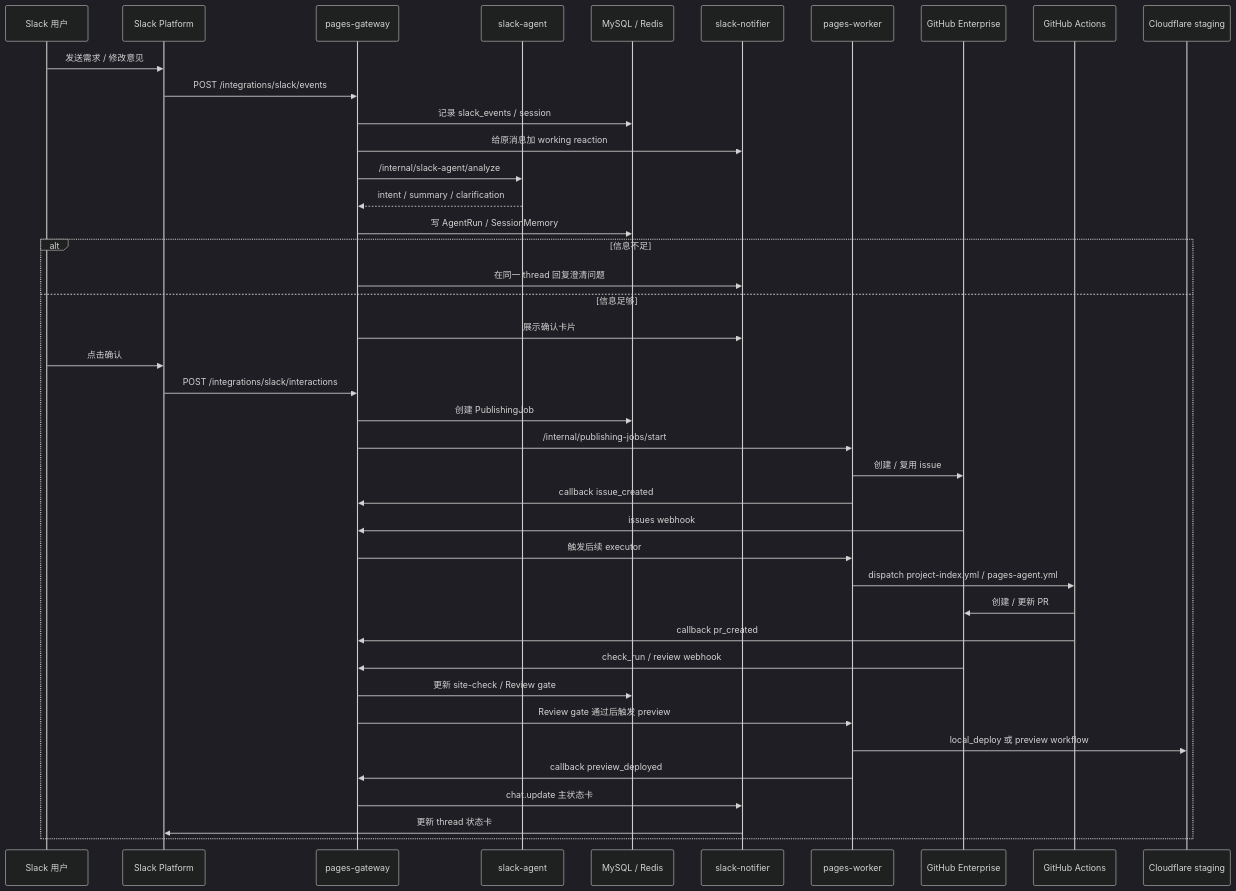
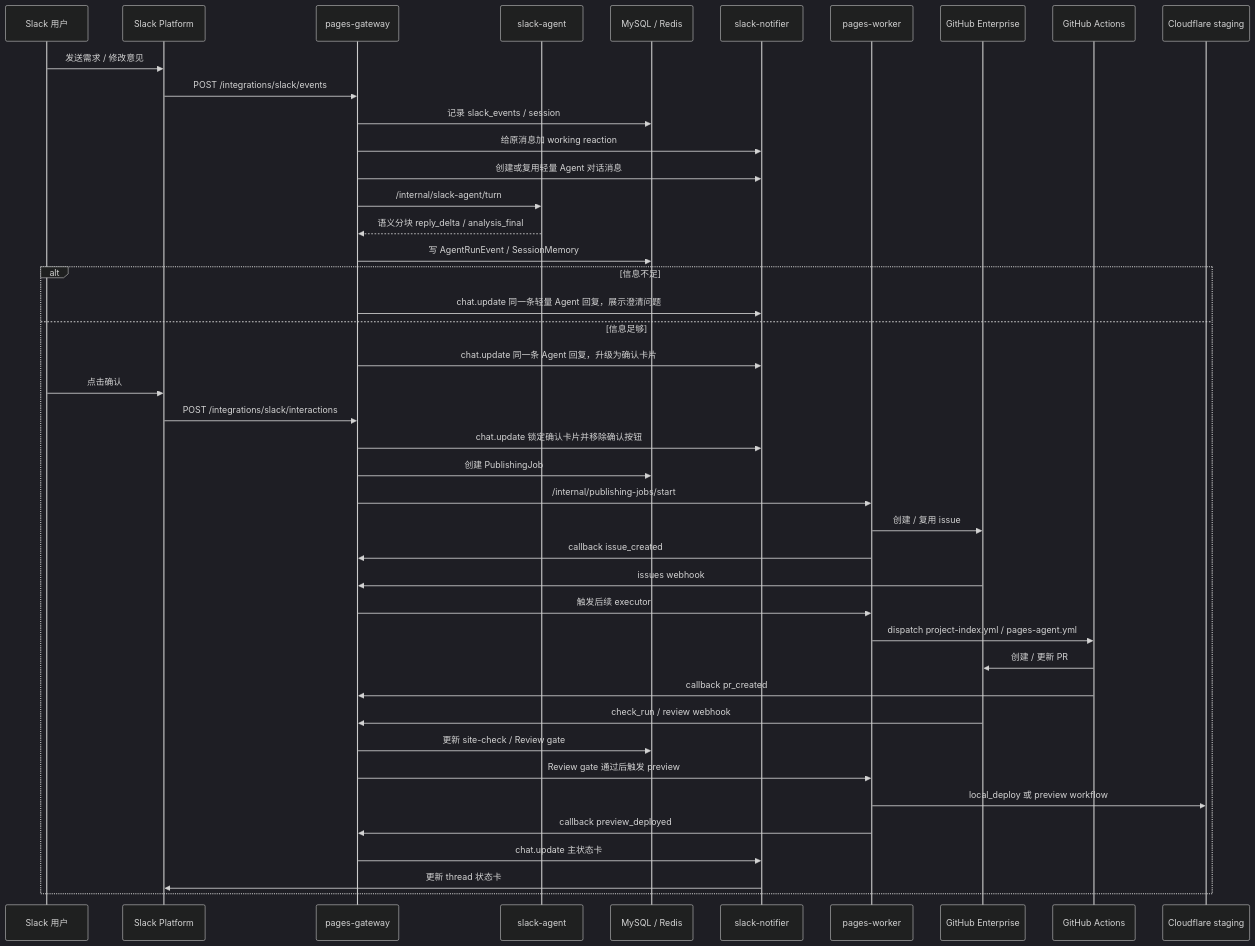
One commit to qaj701224-blip/pages-manager changed the diagram in docs/architecture/end-to-end-flow.md. Above: the diagram before and after it, drawn with Mermaid (dark theme). The commit also changed other lines of this file and 5 other files, not shown here.

````diff
--- a/docs/architecture/end-to-end-flow.md
+++ b/docs/architecture/end-to-end-flow.md
@@ -22,45 +22,47 @@
 ```mermaid
 sequenceDiagram
   participant U as Slack 用户
   participant S as Slack Platform
   participant G as pages-gateway
   participant A as slack-agent
   participant DB as MySQL / Redis
   participant N as slack-notifier
   participant W as pages-worker
   participant GH as GitHub Enterprise
   participant ACT as GitHub Actions
   participant CF as Cloudflare staging
 
   U->>S: 发送需求 / 修改意见
   S->>G: POST /integrations/slack/events
   G->>DB: 记录 slack_events / session
   G->>N: 给原消息加 working reaction
-  G->>A: /internal/slack-agent/analyze
-  A-->>G: intent / summary / clarification
-  G->>DB: 写 AgentRun / SessionMemory
+  G->>N: 创建或复用轻量 Agent 对话消息
+  G->>A: /internal/slack-agent/turn
+  A-->>G: 语义分块 reply_delta / analysis_final
+  G->>DB: 写 AgentRunEvent / SessionMemory
 
   alt 信息不足
-    G->>N: 在同一 thread 回复澄清问题
+    G->>N: chat.update 同一条轻量 Agent 回复，展示澄清问题
   else 信息足够
-    G->>N: 展示确认卡片
+    G->>N: chat.update 同一条 Agent 回复，升级为确认卡片
     U->>S: 点击确认
     S->>G: POST /integrations/slack/interactions
+    G->>N: chat.update 锁定确认卡片并移除确认按钮
     G->>DB: 创建 PublishingJob
     G->>W: /internal/publishing-jobs/start
     W->>GH: 创建 / 复用 issue
     W->>G: callback issue_created
     GH->>G: issues webhook
     G->>W: 触发后续 executor
     W->>ACT: dispatch project-index.yml / pages-agent.yml
     ACT->>GH: 创建 / 更新 PR
     ACT->>G: callback pr_created
     GH->>G: check_run / review webhook
     G->>DB: 更新 site-check / Review gate
     G->>W: Review gate 通过后触发 preview
     W->>CF: local_deploy 或 preview workflow
     W->>G: callback preview_deployed
     G->>N: chat.update 主状态卡
     N->>S: 更新 thread 状态卡
   end
 ```
````
